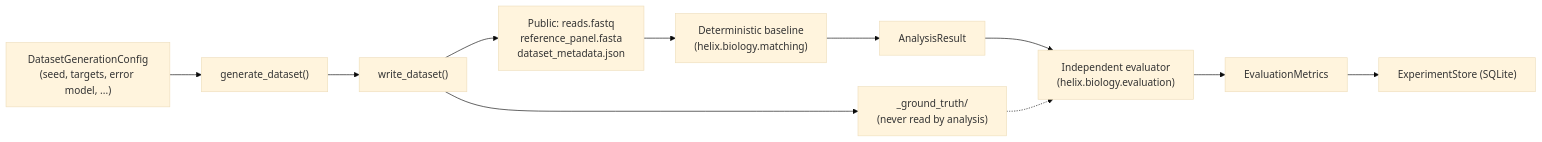
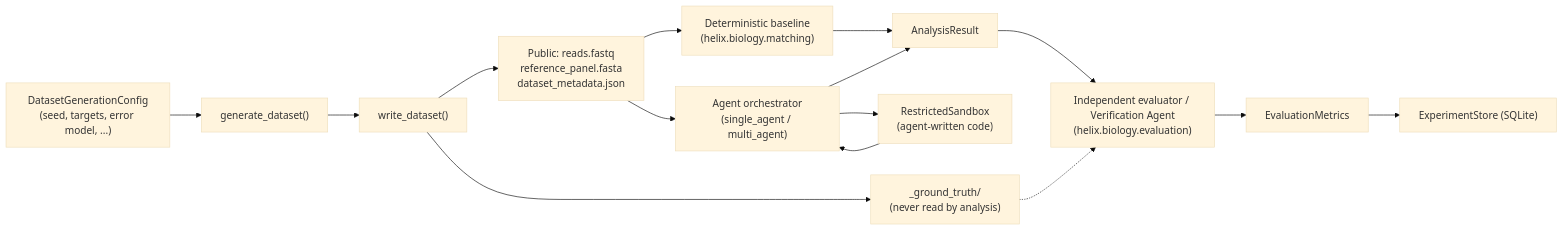
The diagram in README.md (shrinjoy-c/helix), drawn with Mermaid (base theme) before and after one commit. The commit also changed other lines of this file and 5 other files, not shown here.

````diff
--- a/README.md
+++ b/README.md
@@ -40,13 +42,17 @@
 ```mermaid
 flowchart LR
     CFG["DatasetGenerationConfig\n(seed, targets, error model, ...)"] --> GEN["generate_dataset()"]
     GEN --> WRITE["write_dataset()"]
     WRITE --> PUB["Public: reads.fastq\nreference_panel.fasta\ndataset_metadata.json"]
     WRITE --> PRIV["_ground_truth/\n(never read by analysis)"]
     PUB --> BASE["Deterministic baseline\n(helix.biology.matching)"]
+    PUB --> ORCH["Agent orchestrator\n(single_agent / multi_agent)"]
+    ORCH --> SANDBOX["RestrictedSandbox\n(agent-written code)"]
+    SANDBOX --> ORCH
     BASE --> RESULT["AnalysisResult"]
-    RESULT --> EVAL["Independent evaluator\n(helix.biology.evaluation)"]
+    ORCH --> RESULT
+    RESULT --> EVAL["Independent evaluator / Verification Agent\n(helix.biology.evaluation)"]
     PRIV -.-> EVAL
     EVAL --> METRICS["EvaluationMetrics"]
     METRICS --> STORE["ExperimentStore (SQLite)"]
 ```
````
